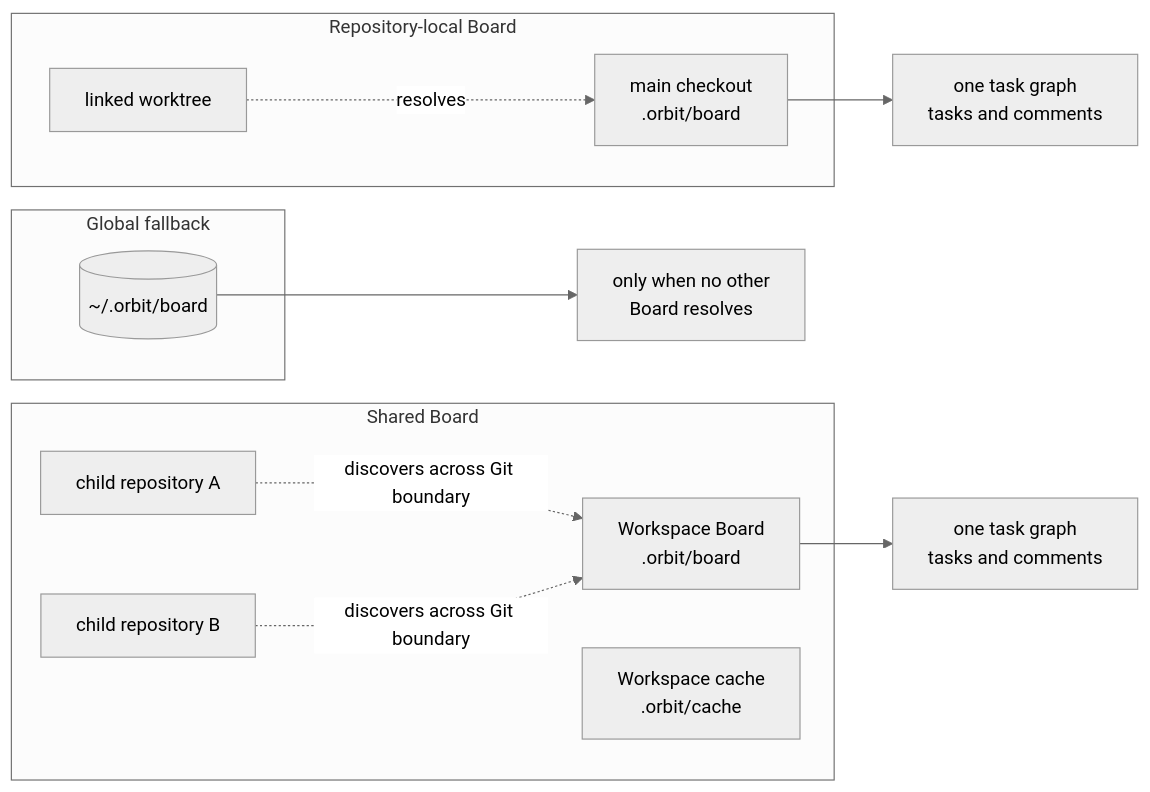
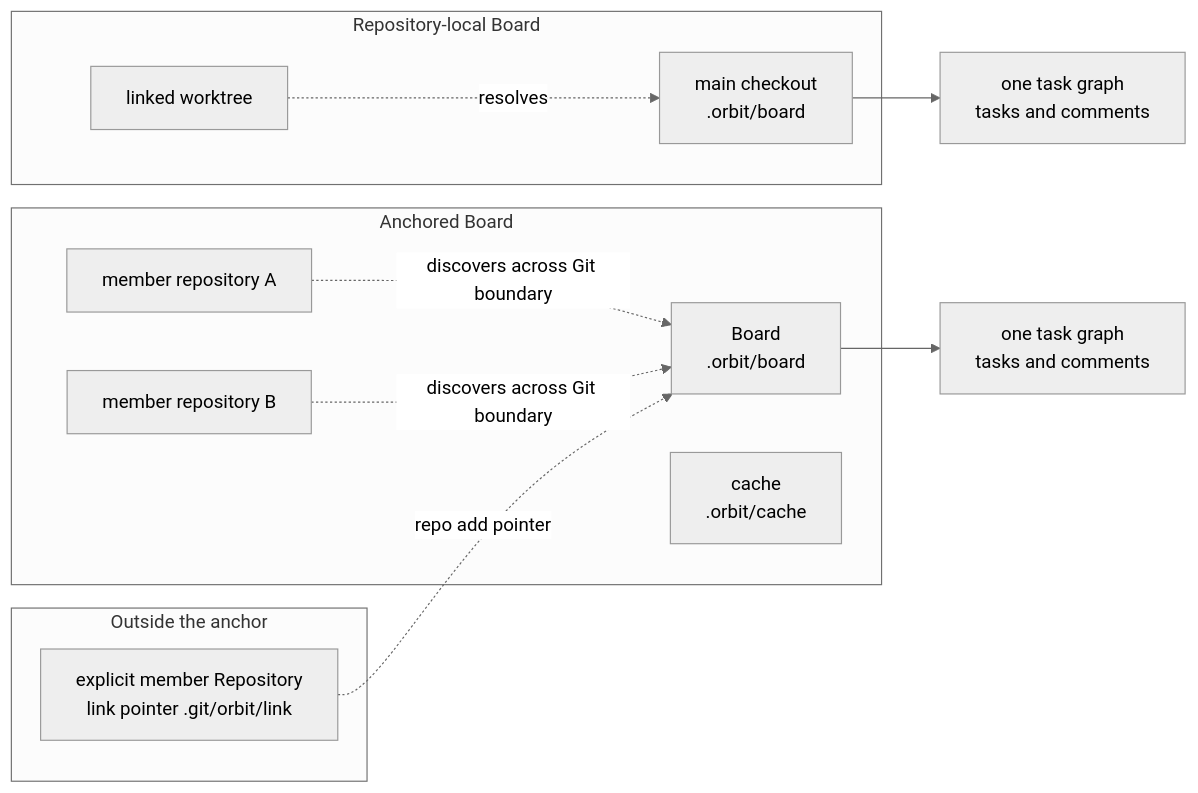
The seventh of 14 diagrams in docs/ARCHITECTURE.md (rcmendes/orbit), drawn with Mermaid (neutral theme) before and after one commit. The commit also changed other lines of this file, not shown here.

First line of the commit message:
docs(architecture): describe member Repositories, Board host, and the remote port

````diff
--- a/docs/ARCHITECTURE.md
+++ b/docs/ARCHITECTURE.md
@@ -570,25 +536,25 @@
 ```mermaid
 flowchart LR
     subgraph Local["Repository-local Board"]
         MAIN["main checkout<br/>.orbit/board"]
         WT["linked worktree"]
     end
 
-    subgraph Shared["Shared Board"]
-        SHARED["Workspace Board<br/>.orbit/board"]
-        CACHE["Workspace cache<br/>.orbit/cache"]
-        R1["child repository A"]
-        R2["child repository B"]
+    subgraph Shared["Anchored Board"]
+        SHARED["Board<br/>.orbit/board"]
+        CACHE["cache<br/>.orbit/cache"]
+        R1["member repository A"]
+        R2["member repository B"]
     end
 
-    subgraph Global["Global fallback"]
-        GLOBAL[("~/.orbit/board")]
+    subgraph Outside["Outside the anchor"]
+        R3["explicit member Repository<br/>link pointer .git/orbit/link"]
     end
 
     WT -.->|resolves| MAIN
     R1 -.->|discovers across Git boundary| SHARED
     R2 -.->|discovers across Git boundary| SHARED
+    R3 -.->|repo add pointer| SHARED
     MAIN --> LOCALGRAPH["one task graph<br/>tasks and comments"]
     SHARED --> SHAREDGRAPH["one task graph<br/>tasks and comments"]
-    GLOBAL --> GLOBALGRAPH["only when no other<br/>Board resolves"]
 ```
````
